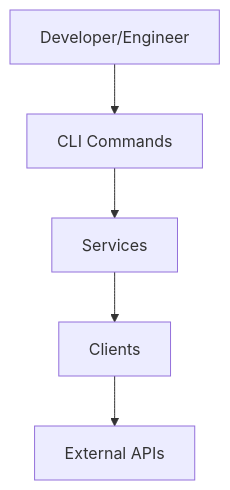
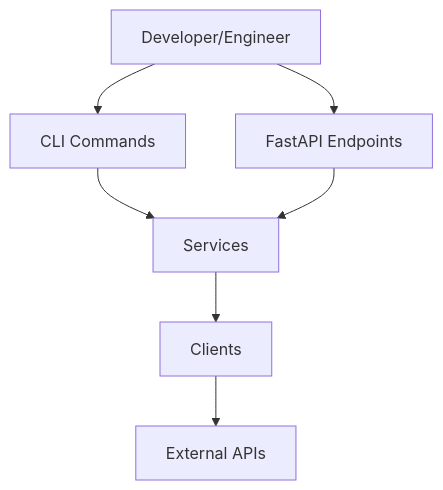
One commit to hazemataya94/hape-framework changed the second of 3 diagrams in docs/architecture.md. Above: the diagram before and after it, drawn with Mermaid. The commit also changed other lines of this file and 39 other files, not shown here.

````diff
--- a/docs/architecture.md
+++ b/docs/architecture.md
@@ -84,7 +125,9 @@
 ```mermaid
 flowchart TD
     userNode[Developer/Engineer] --> cliLayer[CLI Commands]
+    userNode --> apiLayer[FastAPI Endpoints]
     cliLayer --> serviceLayer[Services]
+    apiLayer --> serviceLayer
     serviceLayer --> clientLayer[Clients]
     clientLayer --> externalLayer[External APIs]
 ```
````
